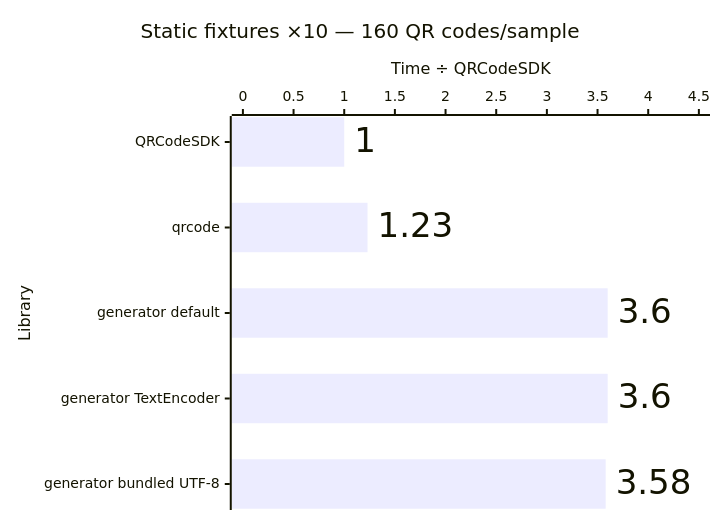
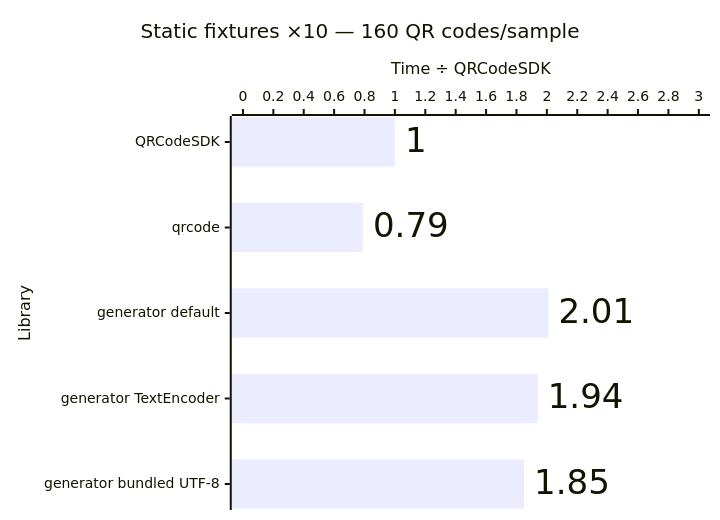
One commit to Dafnik/qrcodesdk changed the ninth of 12 diagrams in apps/docs/src/content/docs/guides/performance.md. Above: the diagram before and after it, drawn with Mermaid. The commit also changed other lines of this file, not shown here.

````diff
--- a/apps/docs/src/content/docs/guides/performance.md
+++ b/apps/docs/src/content/docs/guides/performance.md
@@ -193,15 +193,15 @@
 ```mermaid
 ---
 config:
   xyChart:
     showDataLabel: true
     showDataLabelOutsideBar: true
 ---
 xychart horizontal
   accTitle: SVG generation: Static fixtures ×10 — 160 QR codes/sample
-  accDescr: Relative median time compared with QRCodeSDK. QRCodeSDK 1.00 times, qrcode 1.23 times, generator default 3.60 times, generator TextEncoder 3.60 times, generator bundled UTF-8 3.58 times. Lower is better.
+  accDescr: Relative median time compared with QRCodeSDK. QRCodeSDK 1.00 times, qrcode 0.79 times, generator default 2.01 times, generator TextEncoder 1.94 times, generator bundled UTF-8 1.85 times. Lower is better.
   title "Static fixtures ×10 — 160 QR codes/sample"
   x-axis "Library" ["QRCodeSDK", "qrcode", "generator default", "generator TextEncoder", "generator bundled UTF-8"]
-  y-axis "Time ÷ QRCodeSDK" 0 --> 4.5
-  bar [1.00, 1.23, 3.60, 3.60, 3.58]
+  y-axis "Time ÷ QRCodeSDK" 0 --> 3.0
+  bar [1.00, 0.79, 2.01, 1.94, 1.85]
 ```
````
